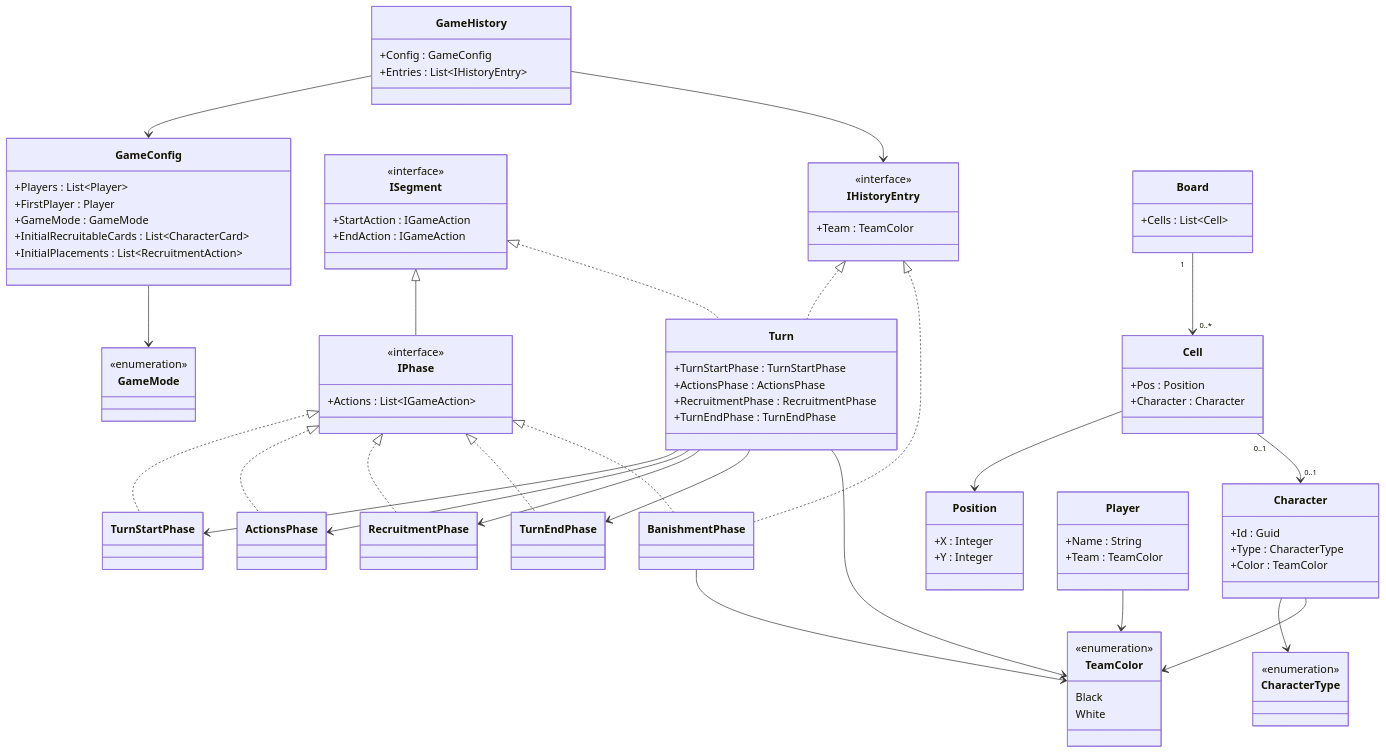
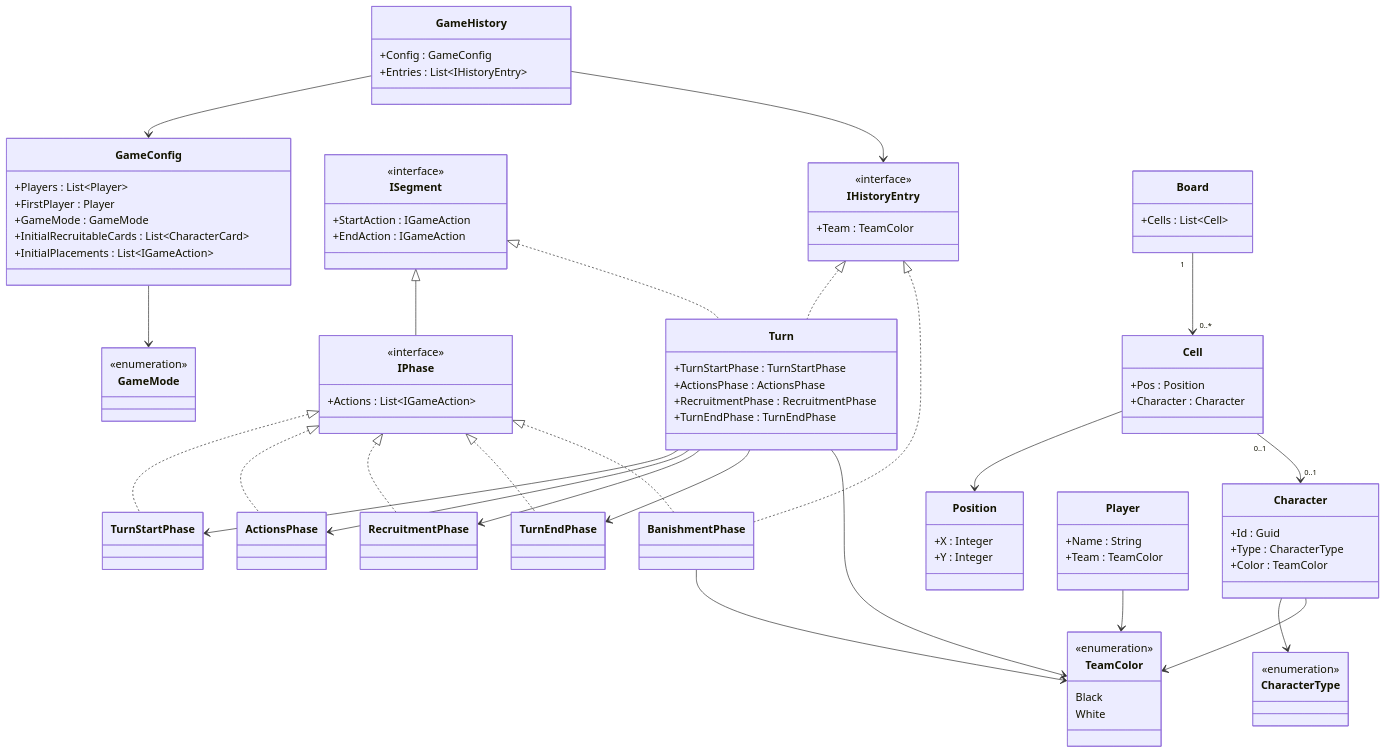
One commit to PaulRosselle/leaders_board_game changed the diagram in docs/GameLogic/uml_entities_gamelogic.mmd. Above: the diagram before and after it, drawn with Mermaid. The commit also changed 1 other file, not shown here.

```diff
--- a/docs/GameLogic/uml_entities_gamelogic.mmd
+++ b/docs/GameLogic/uml_entities_gamelogic.mmd
@@ -1,119 +1,119 @@
 classDiagram
     direction TB
 
     %% Enums
     class TeamColor {
         <<enumeration>>
         Black
         White
     }
 
     class CharacterType {
         <<enumeration>>
     }
 
     class GameMode {
         <<enumeration>>
     }
 
     %% Interfaces
     class IHistoryEntry {
         <<interface>>
         +Team : TeamColor
     }
 
     class ISegment {
         <<interface>>
         +StartAction : IGameAction
         +EndAction : IGameAction
     }
 
     class IPhase {
         <<interface>>
         +Actions : List~IGameAction~
     }
 
     %% Phases
     class TurnStartPhase
     class ActionsPhase
     class RecruitmentPhase
     class TurnEndPhase
     class BanishmentPhase
 
     %% Turn
     class Turn {
         +TurnStartPhase : TurnStartPhase
         +ActionsPhase : ActionsPhase
         +RecruitmentPhase : RecruitmentPhase
         +TurnEndPhase : TurnEndPhase
     }
 
     %% History
     class GameConfig {
         +Players : List~Player~
         +FirstPlayer : Player
         +GameMode : GameMode
         +InitialRecruitableCards : List~CharacterCard~
-        +InitialPlacements : List~RecruitmentAction~
+        +InitialPlacements : List~IGameAction~
     }
 
     class GameHistory {
         +Config : GameConfig
         +Entries : List~IHistoryEntry~
     }
 
     %% Entités
     class Position {
         +X : Integer
         +Y : Integer
     }
 
     class Character {
         +Id : Guid
         +Type : CharacterType
         +Color : TeamColor
     }
 
     class Cell {
         +Pos : Position
         +Character : Character
     }
 
     class Board {
         +Cells : List~Cell~
     }
 
     class Player {
         +Name : String
         +Team : TeamColor
     }
 
     %% Héritage interfaces
     ISegment <|-- IPhase
     IPhase <|.. TurnStartPhase
     IPhase <|.. ActionsPhase
     IPhase <|.. RecruitmentPhase
     IPhase <|.. TurnEndPhase
     IPhase <|.. BanishmentPhase
     ISegment <|.. Turn
     IHistoryEntry <|.. Turn
     IHistoryEntry <|.. BanishmentPhase
 
     %% Relations structurelles
     GameHistory --> GameConfig
     GameHistory --> IHistoryEntry
     Turn --> TurnStartPhase
     Turn --> ActionsPhase
     Turn --> RecruitmentPhase
     Turn --> TurnEndPhase
     Turn --> TeamColor
     BanishmentPhase --> TeamColor
     Board "1" --> "0..*" Cell
     Cell --> Position
     Cell "0..1" --> "0..1" Character
 
     %% Relations vers enums
     Character --> CharacterType
     Character --> TeamColor
     Player --> TeamColor
     GameConfig --> GameMode
```
